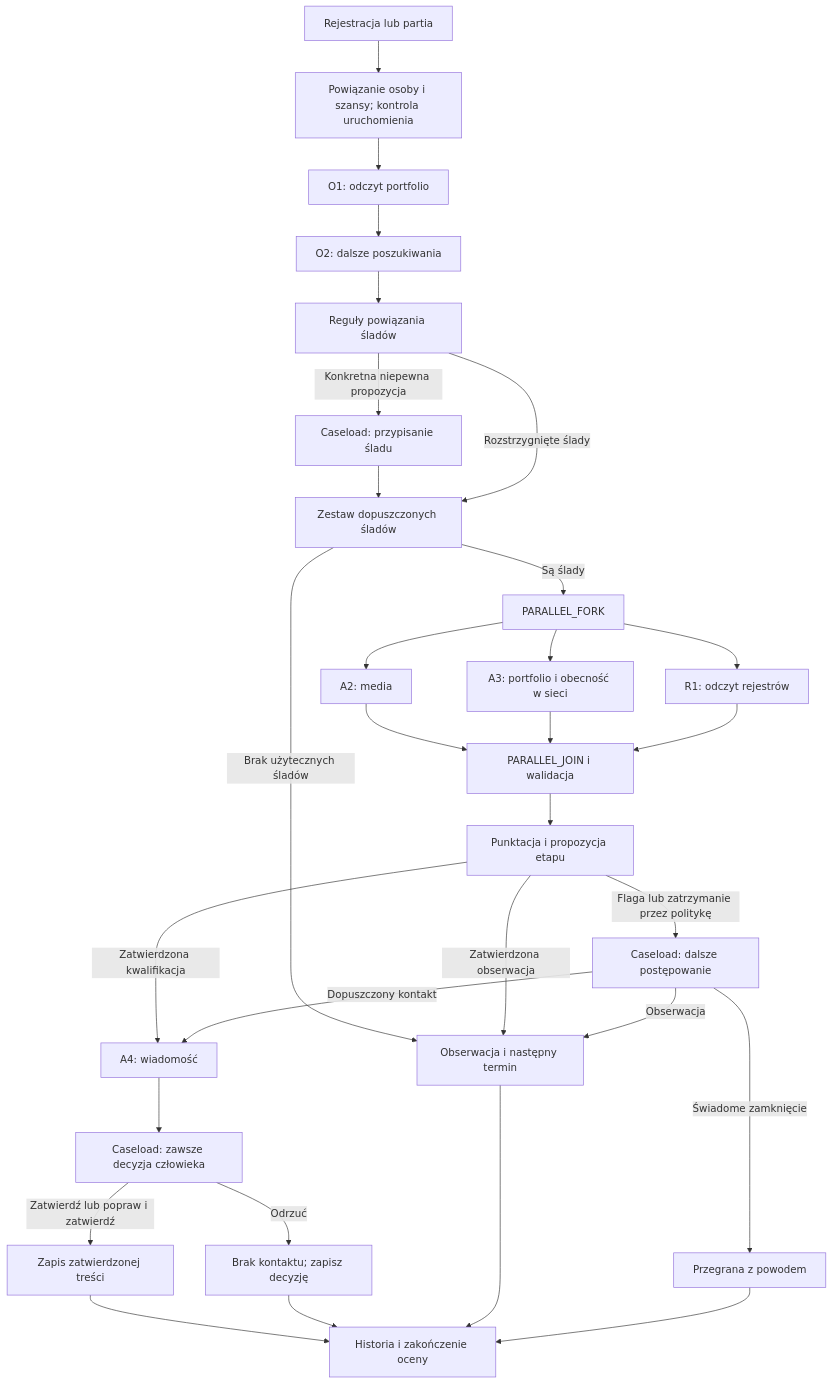
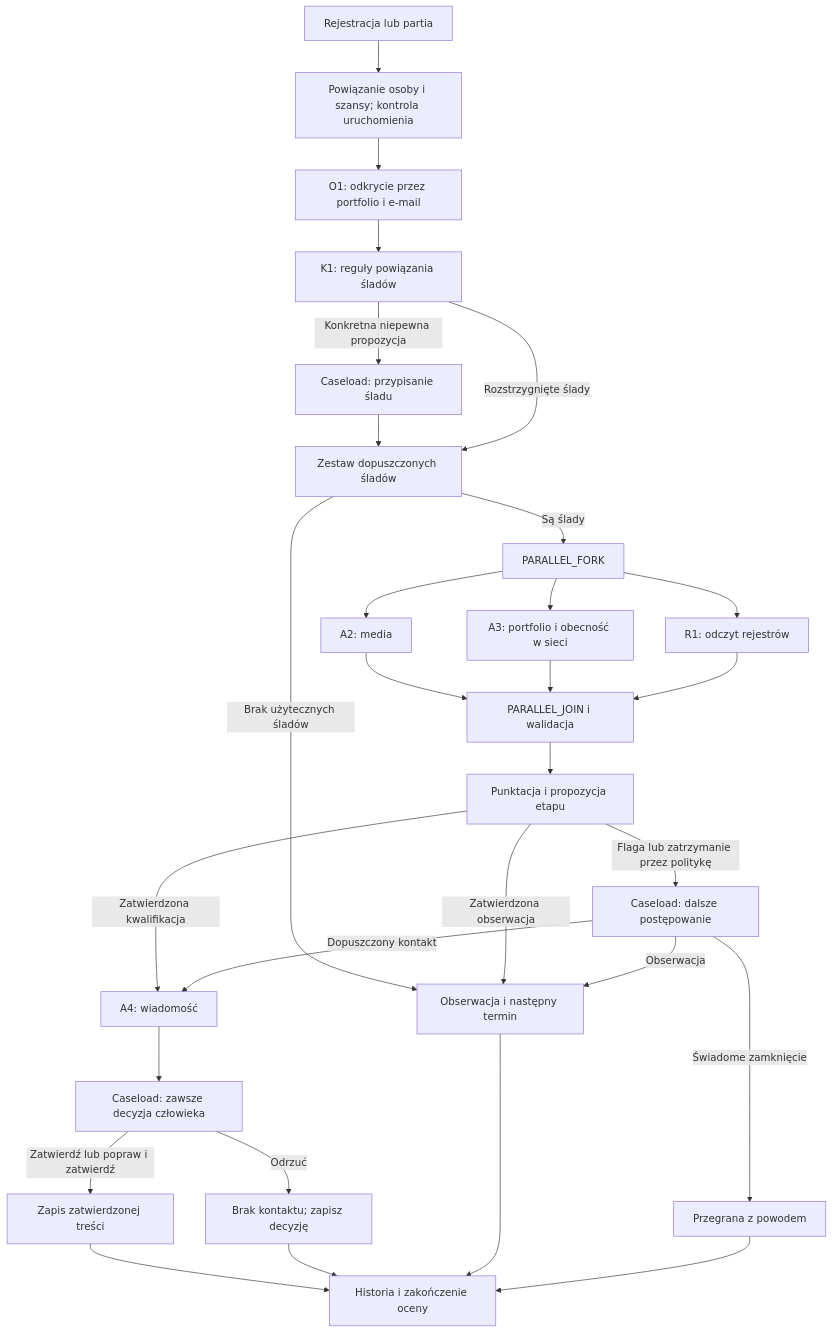
Before and after one commit to Asignolo/hackon: the diagram in .ai/specs/enterprise/2026-09-19-photographer-hidden-potential-mvp.md, drawn with Mermaid. The commit also changed other lines of this file and 27 other files, not shown here.

````diff
--- a/.ai/specs/enterprise/2026-09-19-photographer-hidden-potential-mvp.md
+++ b/.ai/specs/enterprise/2026-09-19-photographer-hidden-potential-mvp.md
@@ -116,32 +116,31 @@
 ```mermaid
 flowchart TD
     START[Rejestracja lub partia] --> PREP[Powiązanie osoby i szansy; kontrola uruchomienia]
-    PREP --> O1[O1: odczyt portfolio]
-    O1 --> O2[O2: dalsze poszukiwania]
-    O2 --> ID[Reguły powiązania śladów]
+    PREP --> O1[O1: odkrycie przez portfolio i e-mail]
+    O1 --> ID[K1: reguły powiązania śladów]
     ID -->|Konkretna niepewna propozycja| HUMAN_ID[Caseload: przypisanie śladu]
     HUMAN_ID --> ACCEPTED[Zestaw dopuszczonych śladów]
     ID -->|Rozstrzygnięte ślady| ACCEPTED
     ACCEPTED -->|Brak użytecznych śladów| OBS[Obserwacja i następny termin]
     ACCEPTED -->|Są ślady| FORK[PARALLEL_FORK]
     FORK --> SOCIAL[A2: media]
     FORK --> WEB[A3: portfolio i obecność w sieci]
     FORK --> REG[R1: odczyt rejestrów]
     SOCIAL --> JOIN[PARALLEL_JOIN i walidacja]
     WEB --> JOIN
     REG --> JOIN
     JOIN --> SCORE[Punktacja i propozycja etapu]
     SCORE -->|Flaga lub zatrzymanie przez politykę| REVIEW[Caseload: dalsze postępowanie]
     SCORE -->|Zatwierdzona obserwacja| OBS
     SCORE -->|Zatwierdzona kwalifikacja| CARE[A4: wiadomość]
     REVIEW -->|Obserwacja| OBS
     REVIEW -->|Dopuszczony kontakt| CARE
     REVIEW -->|Świadome zamknięcie| CLOSED[Przegrana z powodem]
     CARE --> MESSAGE[Caseload: zawsze decyzja człowieka]
     MESSAGE -->|Zatwierdź lub popraw i zatwierdź| REC[Zapis zatwierdzonej treści]
     MESSAGE -->|Odrzuć| SKIP[Brak kontaktu; zapisz decyzję]
     REC --> END[Historia i zakończenie oceny]
     SKIP --> END
     OBS --> END
     CLOSED --> END
 ```
````
